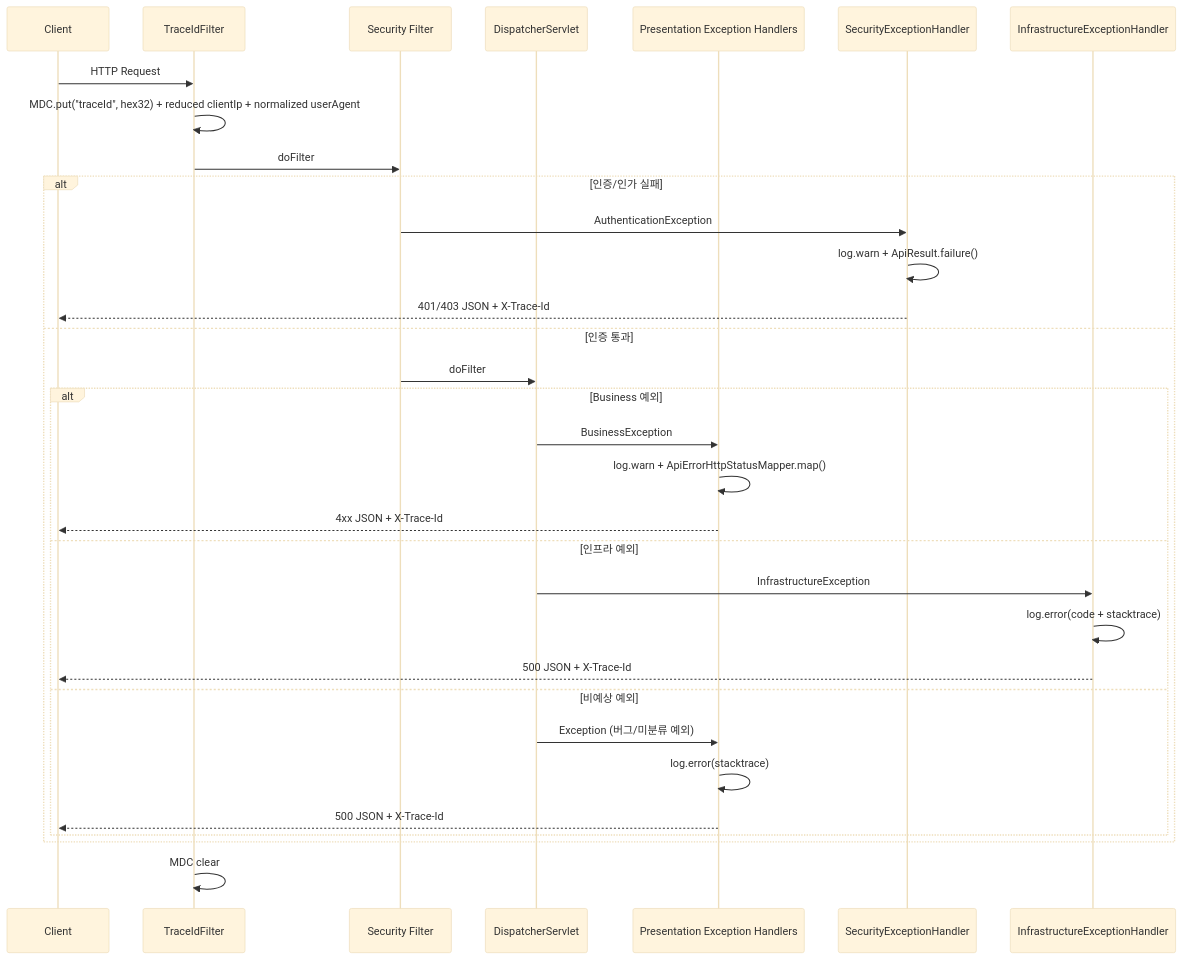
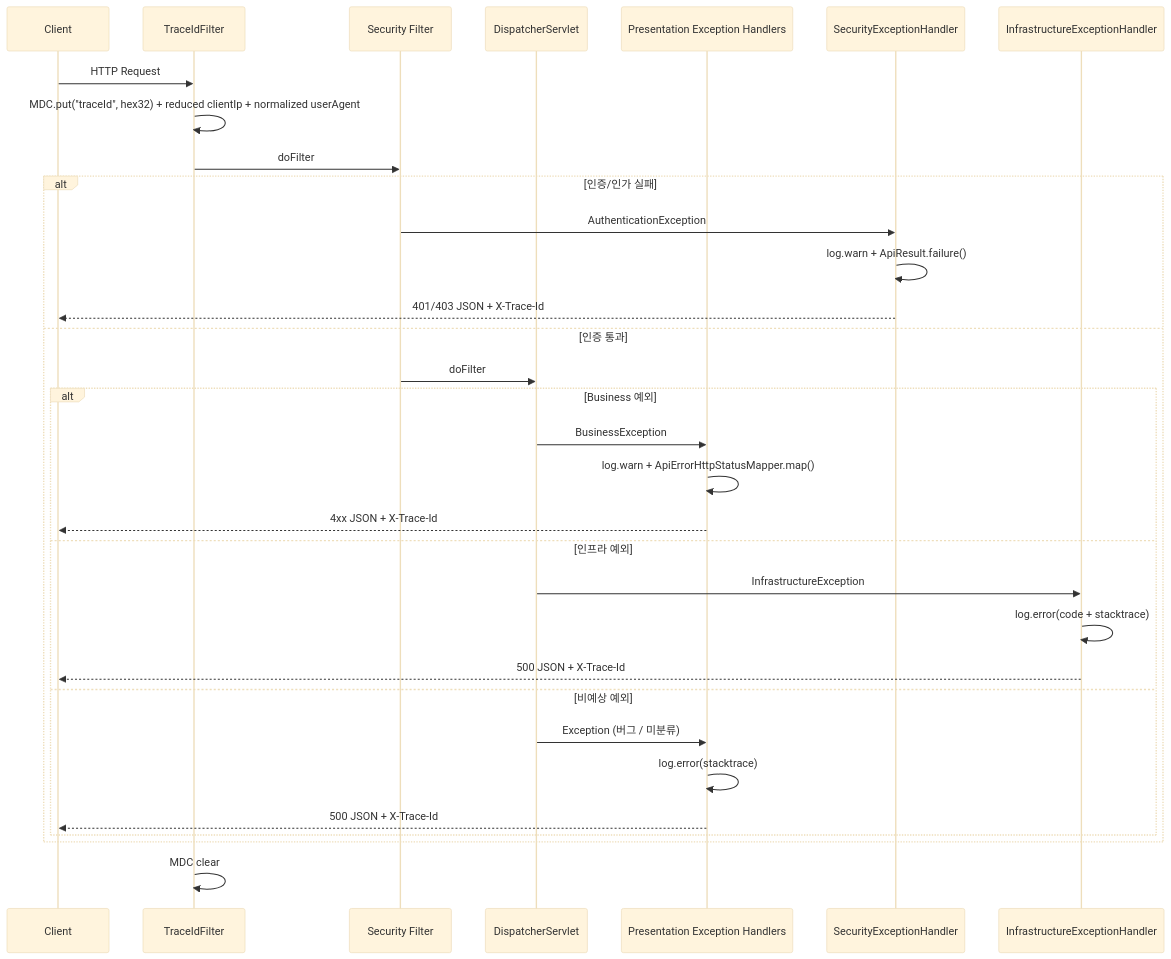
One commit to DongHyeonka/Project-Auth-Server changed the second of 2 diagrams in docs/topics/02-clean-architecture/02-error-handling.md. Above: the diagram before and after it, drawn with Mermaid (base theme). The commit also changed other lines of this file and 64 other files, not shown here.

````diff
--- a/docs/topics/02-clean-architecture/02-error-handling.md
+++ b/docs/topics/02-clean-architecture/02-error-handling.md
@@ -145,37 +143,37 @@
 ```mermaid
 sequenceDiagram
     participant C as Client
     participant TF as TraceIdFilter
     participant SF as Security Filter
     participant DC as DispatcherServlet
     participant GEH as Presentation Exception Handlers
     participant SEH as SecurityExceptionHandler
     participant IEH as InfrastructureExceptionHandler
 
     C->>TF: HTTP Request
     TF->>TF: MDC.put("traceId", hex32) + reduced clientIp + normalized userAgent
     TF->>SF: doFilter
 
     alt 인증/인가 실패
         SF->>SEH: AuthenticationException
         SEH->>SEH: log.warn + ApiResult.failure()
         SEH-->>C: 401/403 JSON + X-Trace-Id
     else 인증 통과
         SF->>DC: doFilter
         alt Business 예외
             DC->>GEH: BusinessException
             GEH->>GEH: log.warn + ApiErrorHttpStatusMapper.map()
             GEH-->>C: 4xx JSON + X-Trace-Id
         else 인프라 예외
             DC->>IEH: InfrastructureException
             IEH->>IEH: log.error(code + stacktrace)
             IEH-->>C: 500 JSON + X-Trace-Id
         else 비예상 예외
-            DC->>GEH: Exception (버그/미분류 예외)
+            DC->>GEH: Exception (버그 / 미분류)
             GEH->>GEH: log.error(stacktrace)
             GEH-->>C: 500 JSON + X-Trace-Id
         end
     end
 
     TF->>TF: MDC clear
 ```
````
